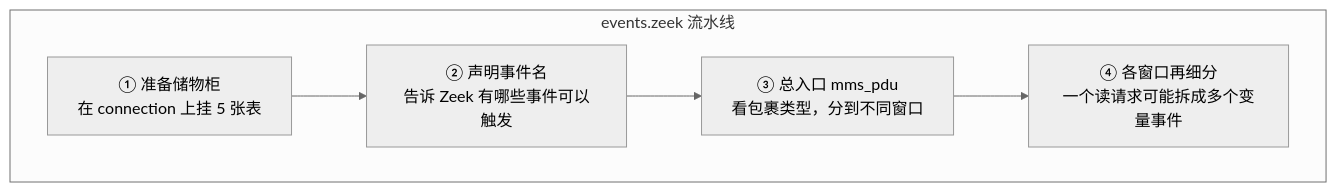
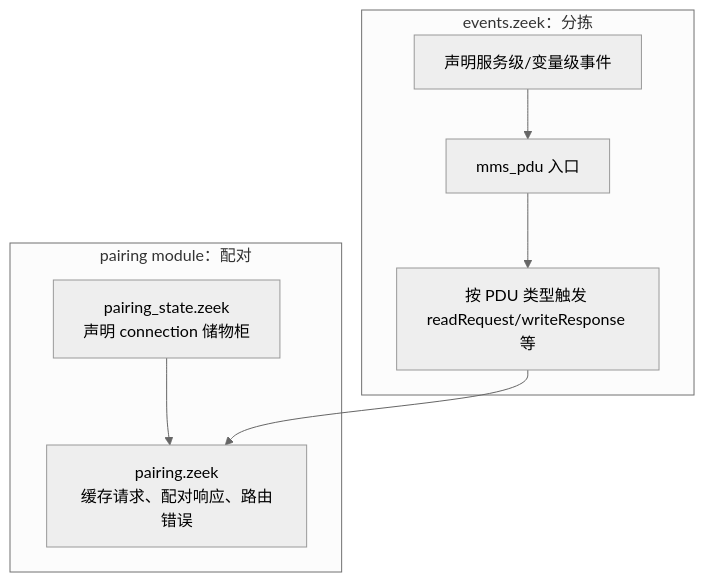
One commit to haolipeng/icsnpp-mms changed the first of 8 diagrams in docs/03-event-analysis-layer-outline.md. Above: the diagram before and after it, drawn with Mermaid (neutral theme). The commit also changed other lines of this file and 5 other files, not shown here.

First line of the commit message:
refactor: extract MMS invokeID pairing module

````diff
--- a/docs/03-event-analysis-layer-outline.md
+++ b/docs/03-event-analysis-layer-outline.md
@@ -39,10 +42,15 @@
 ```mermaid
 flowchart TB
-    subgraph events_zeek ["events.zeek 流水线"]
-        A["① 准备储物柜<br/>在 connection 上挂 5 张表"]
-        B["② 声明事件名<br/>告诉 Zeek 有哪些事件可以触发"]
-        C["③ 总入口 mms_pdu<br/>看包裹类型，分到不同窗口"]
-        D["④ 各窗口再细分<br/>一个读请求可能拆成多个变量事件"]
-        A --> B --> C --> D
+    subgraph dispatch ["events.zeek：分拣"]
+        A["声明服务级/变量级事件"]
+        B["mms_pdu 入口"]
+        C["按 PDU 类型触发 readRequest/writeResponse 等"]
+        A --> B --> C
     end
+    subgraph pairing ["pairing module：配对"]
+        S["pairing_state.zeek<br/>声明 connection 储物柜"]
+        P["pairing.zeek<br/>缓存请求、配对响应、路由错误"]
+        S --> P
+    end
+    C --> P
 ```
````
